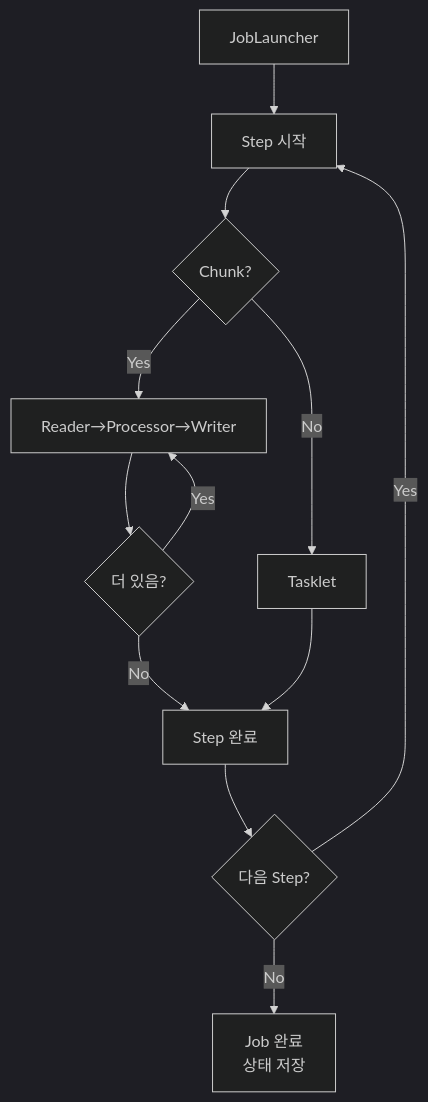
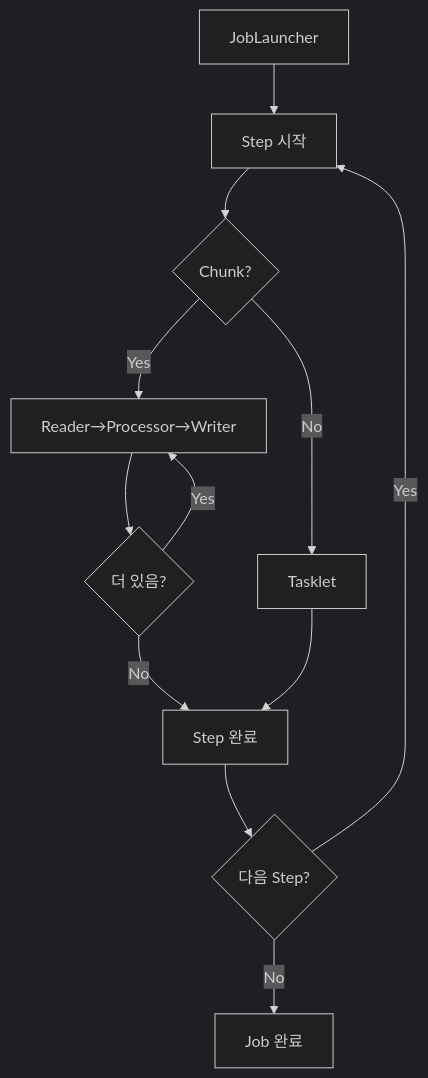
One commit to yjkim2015/yjkim2015.github.io changed the sixth of 6 diagrams in _posts/spring/2026-05-02-spring-batch-deep.md. Above: the diagram before and after it, drawn with Mermaid (dark theme). The commit also changed other lines of this file and 217 other files, not shown here.

First line of the commit message:
Mermaid 크기 수정: useMaxWidth:true + SVG max-width:100% + 라벨 축소

````diff
--- a/_posts/spring/2026-05-02-spring-batch-deep.md
+++ b/_posts/spring/2026-05-02-spring-batch-deep.md
@@ -687,13 +687,13 @@
 ```mermaid
 flowchart TD
     A[JobLauncher] --> B[Step 시작]
     B --> C{Chunk?}
     C -->|Yes| D[Reader→Processor→Writer]
     D --> E{더 있음?}
     E -->|Yes| D
     E -->|No| F[Step 완료]
     C -->|No| G[Tasklet] --> F
     F --> H{다음 Step?}
     H -->|Yes| B
-    H -->|No| I[Job 완료\n상태 저장]
+    H -->|No| I[Job 완료]
 ```
````
